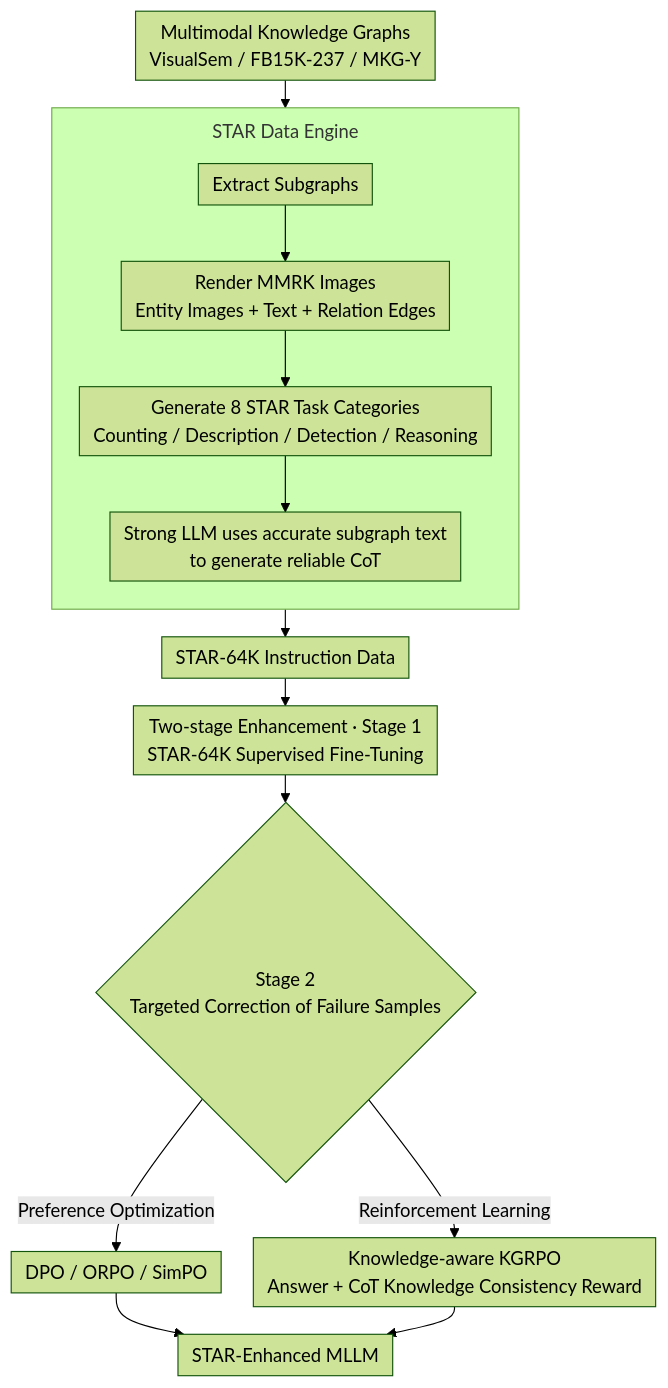
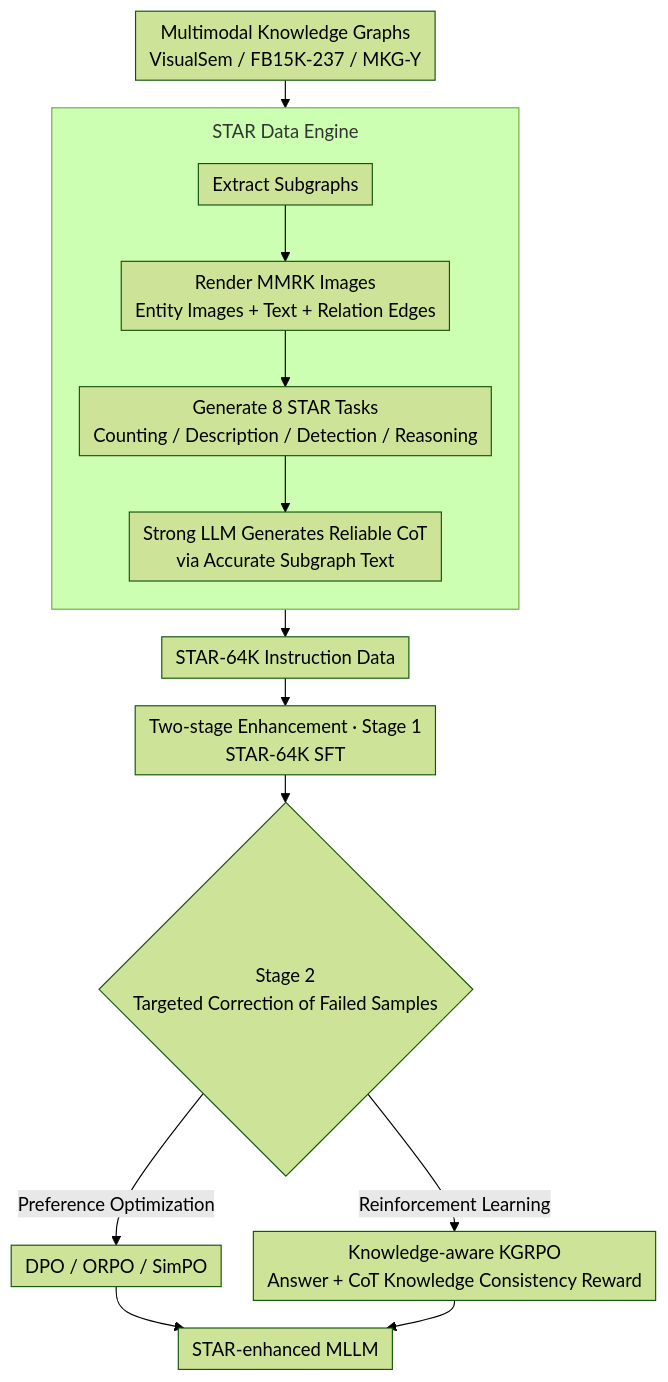
One commit to zhaoyang97/Paper-Notes-en changed the diagram in docs/ACL2026/vlm_reasoning/structured_and_abstractive_reasoning_on_multi-modal_relational_knowledge_images.md. Above: the diagram before and after it, drawn with Mermaid (forest theme). The commit also changed other lines of this file and 5084 other files, not shown here.

````diff
--- a/docs/ACL2026/vlm_reasoning/structured_and_abstractive_reasoning_on_multi-modal_relational_knowledge_images.md
+++ b/docs/ACL2026/vlm_reasoning/structured_and_abstractive_reasoning_on_multi-modal_relational_knowledge_images.md
@@ -57,19 +57,19 @@
 ```mermaid
 %%{init: {'flowchart': {'rankSpacing': 24, 'nodeSpacing': 28, 'padding': 6, 'wrappingWidth': 400, 'subGraphTitleMargin': {'top': 8, 'bottom': 16}}}}%%
 flowchart TD
     K["Multimodal Knowledge Graphs<br/>VisualSem / FB15K-237 / MKG-Y"]
     subgraph ENGINE["STAR Data Engine"]
         direction TB
         S1["Extract Subgraphs"] --> S2["Render MMRK Images<br/>Entity Images + Text + Relation Edges"]
-        S2 --> S3["Generate 8 STAR Task Categories<br/>Counting / Description / Detection / Reasoning"]
-        S3 --> S4["Strong LLM uses accurate subgraph text<br/>to generate reliable CoT"]
+        S2 --> S3["Generate 8 STAR Tasks<br/>Counting / Description / Detection / Reasoning"]
+        S3 --> S4["Strong LLM Generates Reliable CoT<br/>via Accurate Subgraph Text"]
     end
     K --> ENGINE
     ENGINE --> D["STAR-64K Instruction Data"]
-    D --> T1["Two-stage Enhancement · Stage 1<br/>STAR-64K Supervised Fine-Tuning"]
-    T1 --> T2{"Stage 2<br/>Targeted Correction of Failure Samples"}
+    D --> T1["Two-stage Enhancement · Stage 1<br/>STAR-64K SFT"]
+    T1 --> T2{"Stage 2<br/>Targeted Correction of Failed Samples"}
     T2 -->|Preference Optimization| P["DPO / ORPO / SimPO"]
     T2 -->|Reinforcement Learning| KG["Knowledge-aware KGRPO<br/>Answer + CoT Knowledge Consistency Reward"]
-    P --> OUT["STAR-Enhanced MLLM"]
+    P --> OUT["STAR-enhanced MLLM"]
     KG --> OUT
 ```
````
